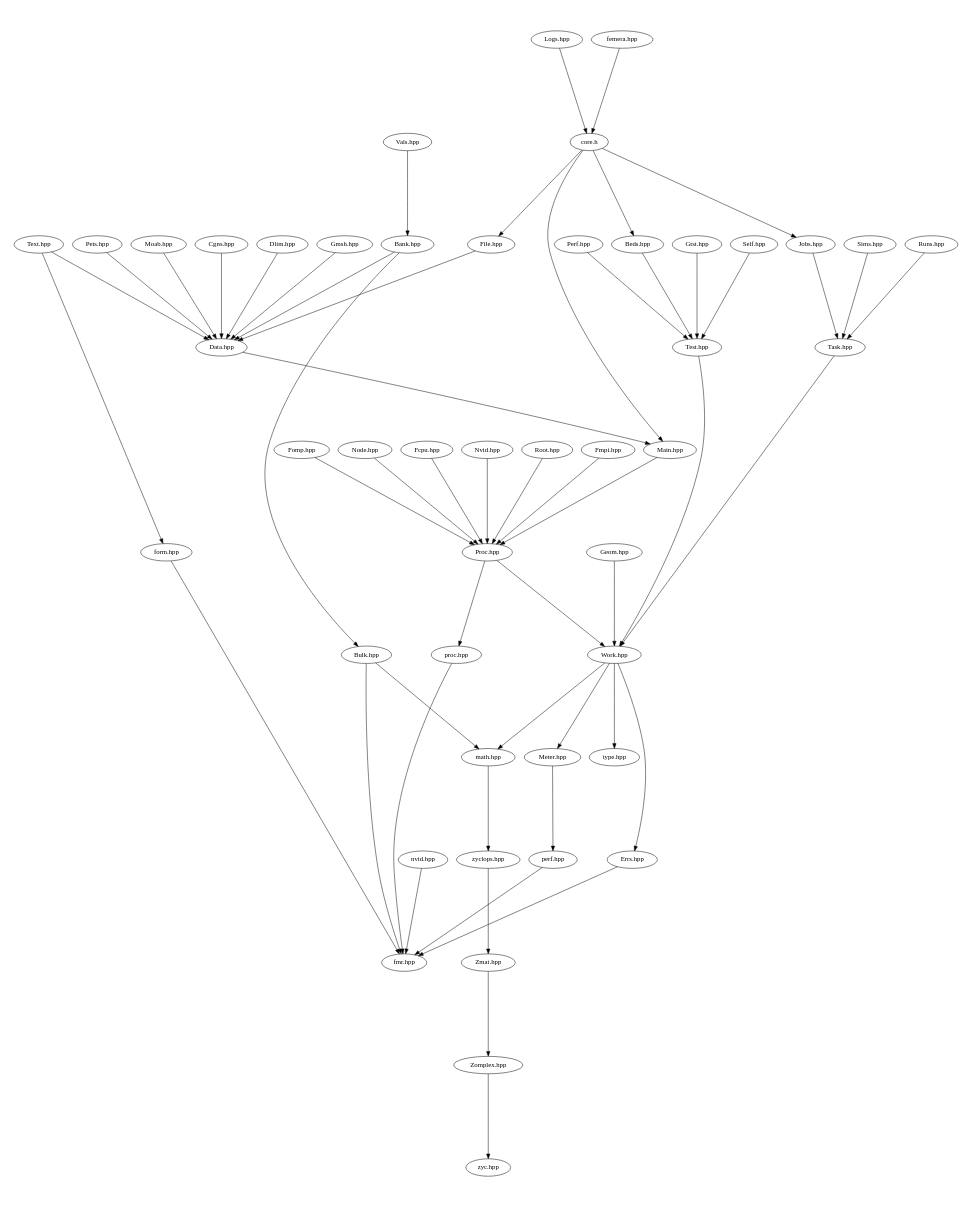
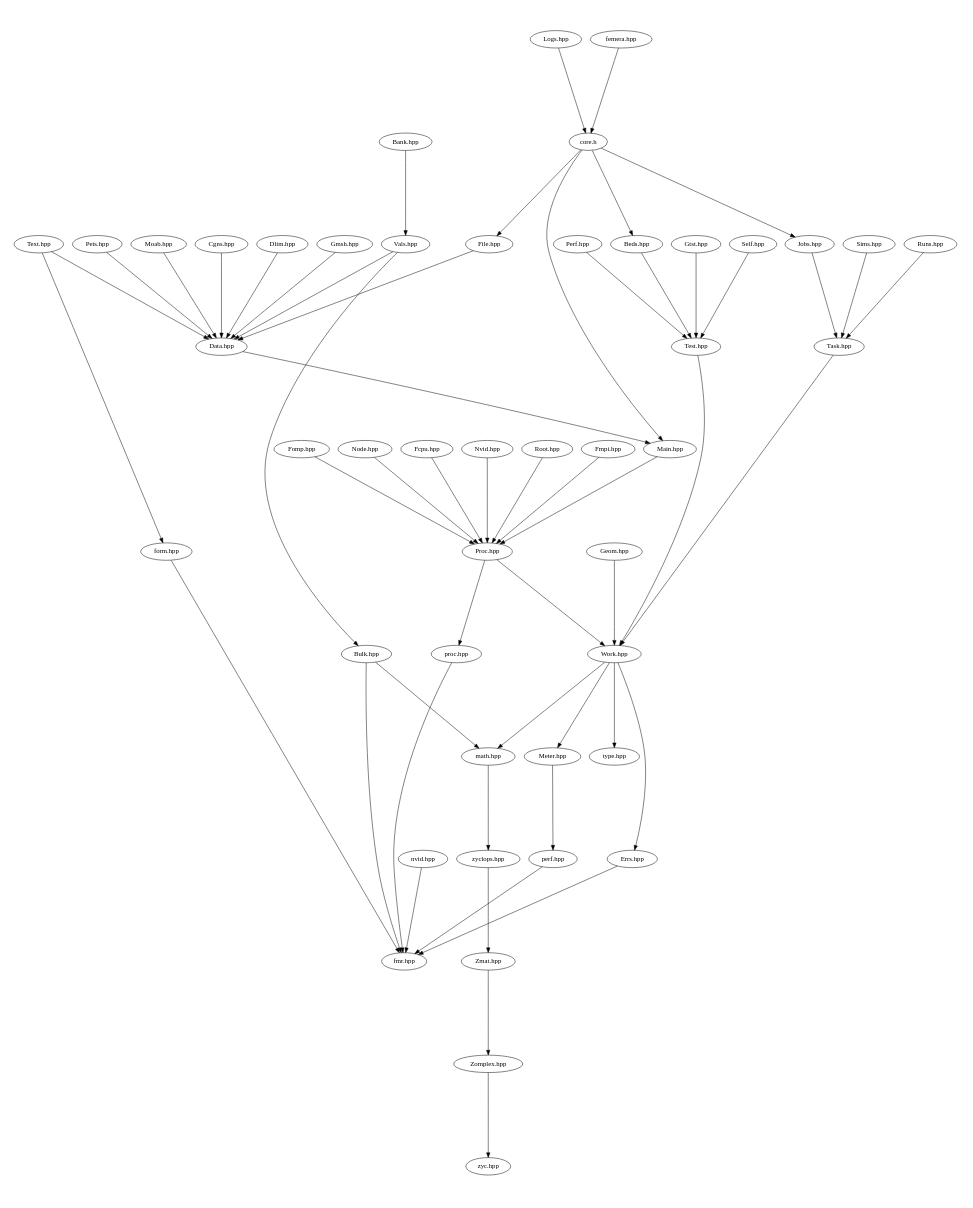
The diagram in src/docs/src-headers.dot (waggyz/femera-mini-app), drawn with Graphviz before and after one commit. The commit also changed 14 other files, not shown here.

Commit message:
swapped Bank and Vals

```diff
--- a/src/docs/src-headers.dot
+++ b/src/docs/src-headers.dot
@@ -1,61 +1,61 @@
 digraph "source tree" {
     overlap=scale;
     size="8,10";
     ratio="fill";
     fontsize="16";
     fontname="Helvetica";
 	clusterrank="local";
 	"Zmat.hpp" -> "Zomplex.hpp"
 	"Meter.hpp" -> "perf.hpp"
 	"Work.hpp" -> "Errs.hpp"
 	"Proc.hpp" -> "proc.hpp"
 	"Nvid.hpp" -> "Proc.hpp"
 	"Root.hpp" -> "Proc.hpp"
 	"Perf.hpp" -> "Test.hpp"
 	"core.h" -> "Main.hpp"
-	"Vals.hpp" -> "Bank.hpp"
 	"nvid.hpp" -> "fmr.hpp"
 	"perf.hpp" -> "fmr.hpp"
 	"Work.hpp" -> "math.hpp"
+	"Vals.hpp" -> "Data.hpp"
 	"Bulk.hpp" -> "math.hpp"
 	"Fmpi.hpp" -> "Proc.hpp"
 	"Test.hpp" -> "Work.hpp"
 	"Fomp.hpp" -> "Proc.hpp"
 	"Data.hpp" -> "Main.hpp"
 	"zyclops.hpp" -> "Zmat.hpp"
 	"Text.hpp" -> "form.hpp"
 	"core.h" -> "Beds.hpp"
 	"Errs.hpp" -> "fmr.hpp"
 	"Task.hpp" -> "Work.hpp"
 	"Gmsh.hpp" -> "Data.hpp"
 	"Node.hpp" -> "Proc.hpp"
 	"Geom.hpp" -> "Work.hpp"
 	"File.hpp" -> "Data.hpp"
+	"Vals.hpp" -> "Bulk.hpp"
 	"Beds.hpp" -> "Test.hpp"
 	"form.hpp" -> "fmr.hpp"
 	"Gtst.hpp" -> "Test.hpp"
 	"Work.hpp" -> "Meter.hpp"
 	"Runs.hpp" -> "Task.hpp"
 	"proc.hpp" -> "fmr.hpp"
 	"math.hpp" -> "zyclops.hpp"
 	"Pets.hpp" -> "Data.hpp"
 	"Text.hpp" -> "Data.hpp"
 	"Logs.hpp" -> "core.h"
 	"Work.hpp" -> "type.hpp"
 	"Fcpu.hpp" -> "Proc.hpp"
-	"Bank.hpp" -> "Bulk.hpp"
 	"Moab.hpp" -> "Data.hpp"
 	"Cgns.hpp" -> "Data.hpp"
 	"core.h" -> "File.hpp"
 	"Bulk.hpp" -> "fmr.hpp"
 	"Self.hpp" -> "Test.hpp"
 	"core.h" -> "Jobs.hpp"
+	"Bank.hpp" -> "Vals.hpp"
 	"Zomplex.hpp" -> "zyc.hpp"
 	"Proc.hpp" -> "Work.hpp"
 	"Sims.hpp" -> "Task.hpp"
 	"femera.hpp" -> "core.h"
-	"Bank.hpp" -> "Data.hpp"
 	"Dlim.hpp" -> "Data.hpp"
 	"Main.hpp" -> "Proc.hpp"
 	"Jobs.hpp" -> "Task.hpp"
 }
```
